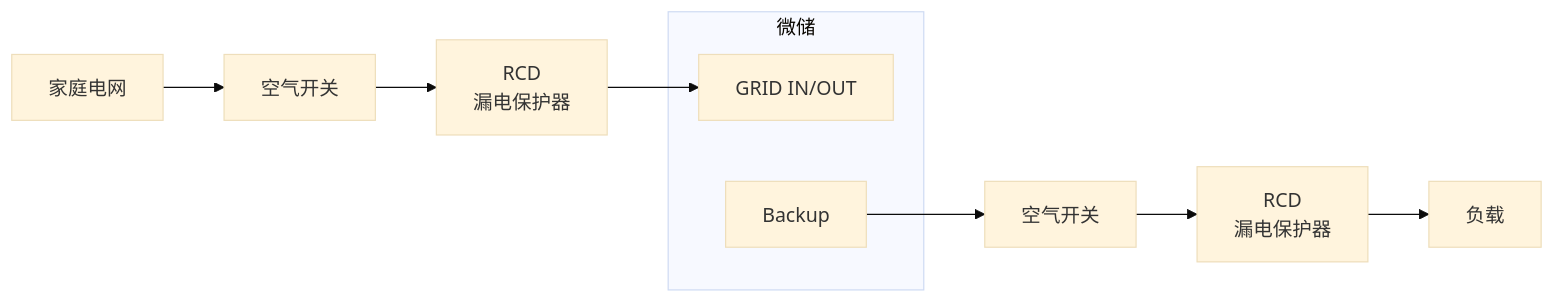
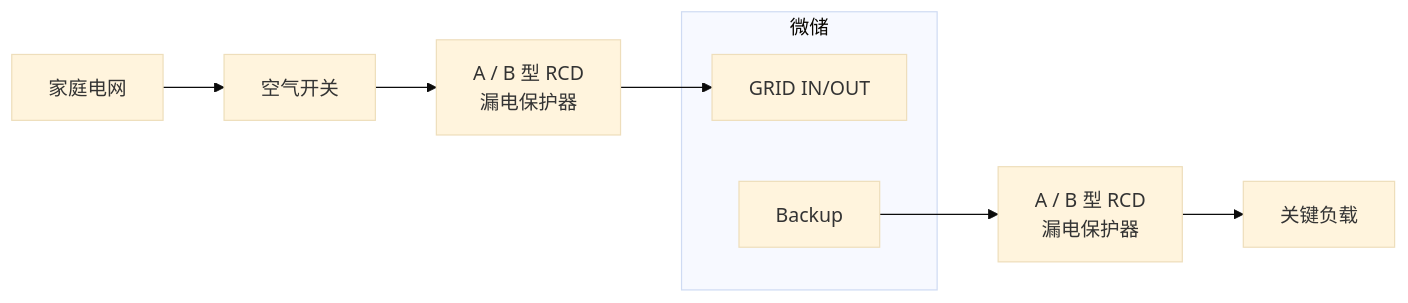
One commit to INDEVOLT/indevolt-doc changed the first of 2 diagrams in i18n/zh/docusaurus-plugin-content-docs/current/hardware/technical-note/rcd.md. Above: the diagram before and after it, drawn with Mermaid (base theme). The commit also changed other lines of this file, not shown here.

````diff
--- a/i18n/zh/docusaurus-plugin-content-docs/current/hardware/technical-note/rcd.md
+++ b/i18n/zh/docusaurus-plugin-content-docs/current/hardware/technical-note/rcd.md
@@ -42,16 +38,15 @@
 ```mermaid
 flowchart LR
     GRID[家庭电网] --> MCB1[空气开关]
-    MCB1 --> RCD1[RCD<br/>漏电保护器]
+    MCB1 --> RCD1[A / B 型 RCD<br/>漏电保护器]
 
     subgraph ESS[微储]
         GRID_PORT[GRID IN/OUT]
         BACKUP_PORT[Backup]
     end
 
     RCD1 --> GRID_PORT
 
-    BACKUP_PORT --> MCB2[空气开关]
-    MCB2 --> RCD2[RCD<br/>漏电保护器]
-    RCD2 --> LOAD[负载]
+    BACKUP_PORT --> RCD2[A / B 型 RCD<br/>漏电保护器]
+    RCD2 --> LOAD[关键负载]
 ```
````
